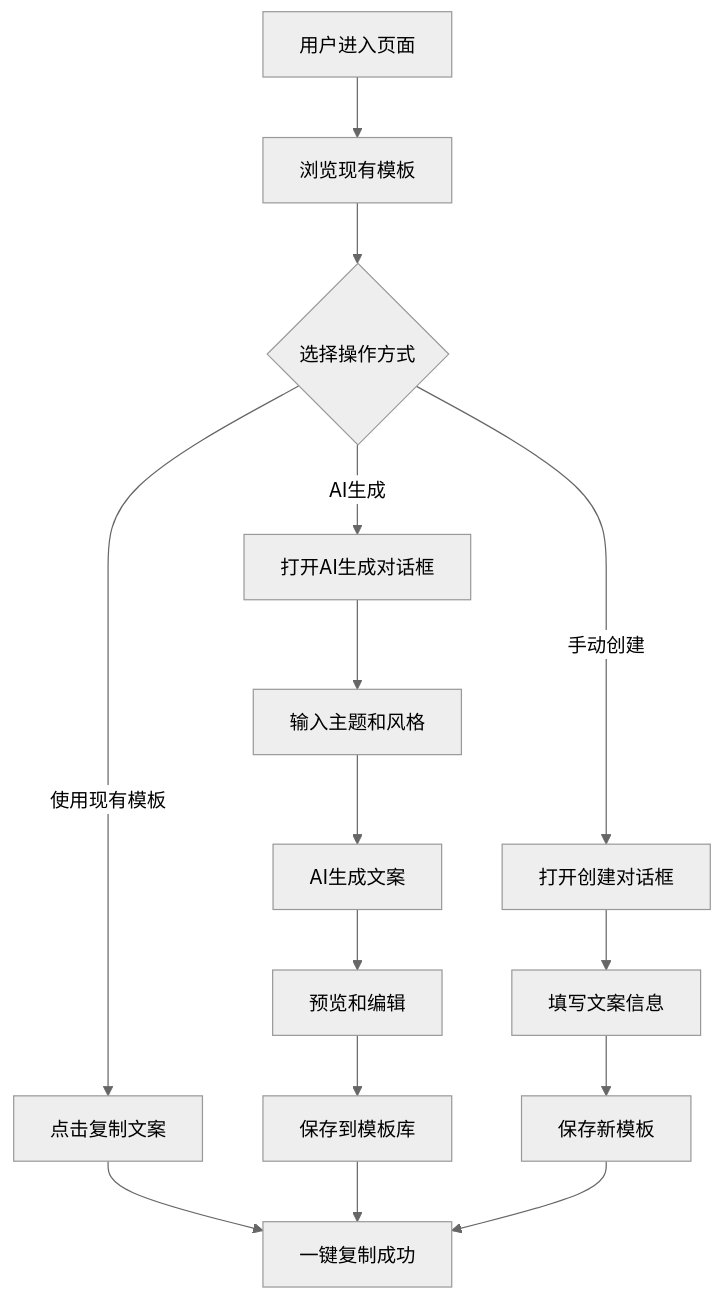
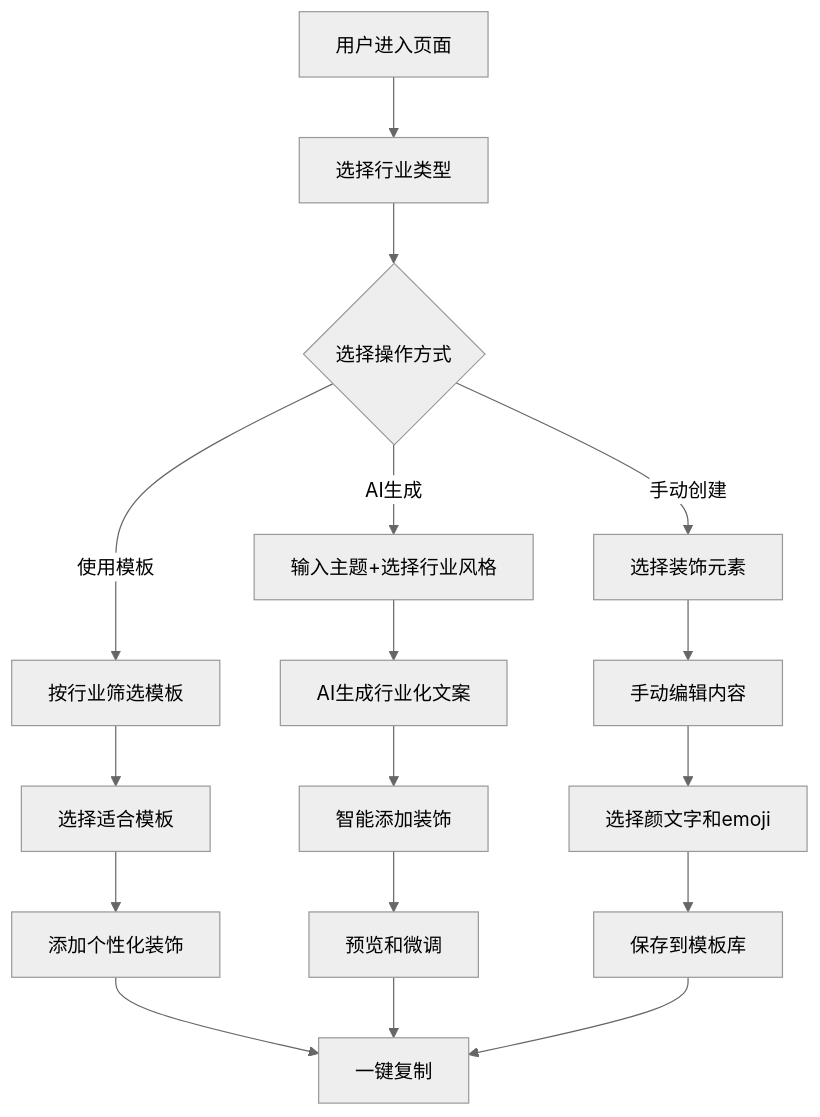
Before and after one commit to xiongtingping/wenpai: the third of 3 diagrams in .qoder/quests/unknown-task.md, drawn with Mermaid (neutral theme). The commit also changed other lines of this file and 3 other files, not shown here.

````diff
--- a/.qoder/quests/unknown-task.md
+++ b/.qoder/quests/unknown-task.md
@@ -327,20 +416,22 @@
 ```mermaid
 flowchart TD
-    A[用户进入页面] --> B[浏览现有模板]
+    A[用户进入页面] --> B[选择行业类型]
     B --> C{选择操作方式}
-    C -->|使用现有模板| D[点击复制文案]
-    C -->|AI生成| E[打开AI生成对话框]
-    C -->|手动创建| F[打开创建对话框]
+    C -->|使用模板| D[按行业筛选模板]
+    C -->|AI生成| E[输入主题+选择行业风格]
+    C -->|手动创建| F[选择装饰元素]
     
-    E --> E1[输入主题和风格]
-    E1 --> E2[AI生成文案]
-    E2 --> E3[预览和编辑]
-    E3 --> E4[保存到模板库]
+    D --> D1[选择适合模板]
+    D1 --> D2[添加个性化装饰]
+    D2 --> G[一键复制]
     
-    F --> F1[填写文案信息]
-    F1 --> F2[保存新模板]
+    E --> E1[AI生成行业化文案]
+    E1 --> E2[智能添加装饰]
+    E2 --> E3[预览和微调]
+    E3 --> G
     
-    D --> G[一键复制成功]
-    E4 --> G
-    F2 --> G
+    F --> F1[手动编辑内容]
+    F1 --> F2[选择颜文字和emoji]
+    F2 --> F3[保存到模板库]
+    F3 --> G
 ```
````
